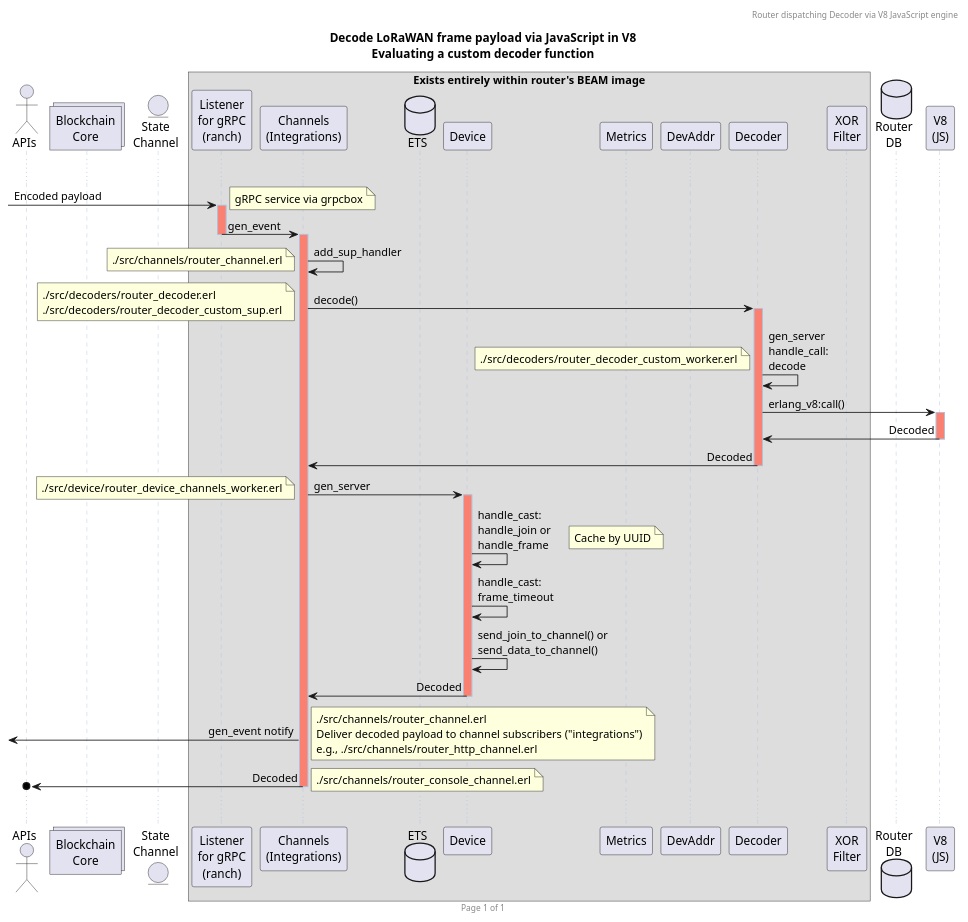
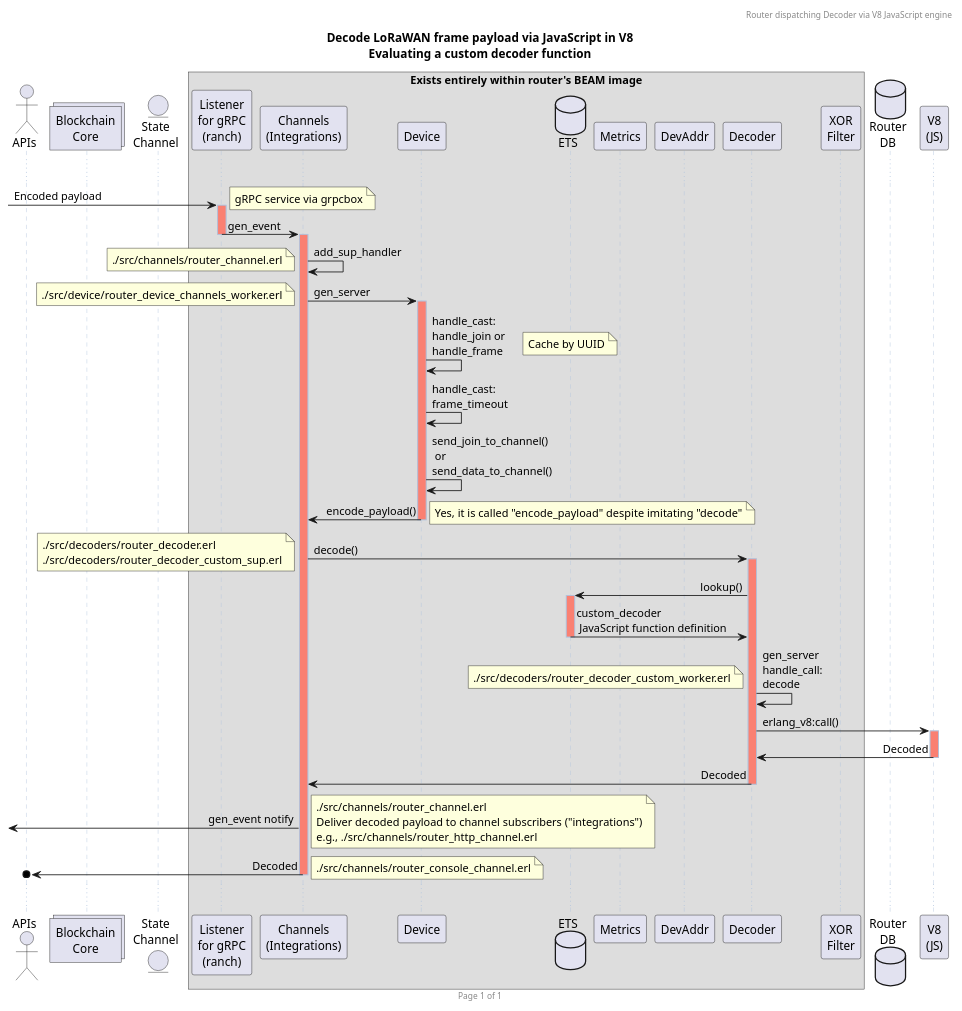
One commit to helium/router changed the diagram in docs/decoder.plantuml. Above: the diagram before and after it, drawn with PlantUML. The commit also changed 1 other file, not shown here.

```diff
--- a/docs/decoder.plantuml
+++ b/docs/decoder.plantuml
@@ -4,76 +4,80 @@
 @startuml
 
 header Router dispatching Decoder via V8 JavaScript engine
 footer Page %page% of %lastpage%
 
 ' Preserve same sequence across all diagrams:
 ' (intentionally omitted: Lager)
 actor        APIs                           as api      order 1
 collections  "Blockchain\nCore"             as core     order 10
 entity       "State\nChannel"               as sc       order 20
 box "Exists entirely within router's BEAM image"
 participant  "Listener\nfor gRPC\n(ranch)"  as listener order 30
-participant  "Channels\n(Integrations)"     as channels order 40
-'control      "Router\ninit()"               as init     order 50
-database     ETS                            as ets      order 51
+'control      "Router\ninit/1"               as init     order 40
+participant  "Channels\n(Integrations)"     as channels order 50
 participant  Device                         as device   order 60
+database     ETS                            as ets      order 61
 participant  Metrics                        as metrics  order 70
 participant  DevAddr                        as devaddr  order 80
 participant  Decoder                        as decoder  order 90
 participant  "XOR\nFilter"                  as xor      order 99
 end box
 database     "Router\nDB"                   as db       order 100
 participant  "V8\n(JS)"                     as v8       order 200
 
 title
         Decode LoRaWAN frame payload via JavaScript in V8
         Evaluating a custom decoder function
 end title
 
 skinparam sequence {
         LifeLineBorderColor #LightSteelBlue
         LifeLineBackgroundColor #Salmon
         MessageAlign direction
 }
 
 ...
 
 [-> listener ++: Encoded payload
 note right: gRPC service via grpcbox
 listener -> channels --++ : gen_event
 channels -> channels : add_sup_handler
 note left: ./src/channels/router_channel.erl
 
-channels -> decoder ++ : decode()
-note left
-        ./src/decoders/router_decoder.erl
-        ./src/decoders/router_decoder_custom_sup.erl
-end note
-decoder -> decoder : gen_server\nhandle_call:\ndecode
-note left: ./src/decoders/router_decoder_custom_worker.erl
-decoder -> v8 ++ : erlang_v8:call()
-decoder <- v8 -- : Decoded
-channels <- decoder -- : Decoded
-
 channels -> device ++ : gen_server
 note left: ./src/device/router_device_channels_worker.erl
 
 device -> device : handle_cast:\nhandle_join or\nhandle_frame
 note right: Cache by UUID
 
 device -> device : handle_cast:\nframe_timeout
-device -> device : send_join_to_channel() or\nsend_data_to_channel()
-channels <- device -- : Decoded
+device -> device : send_join_to_channel()\n or\nsend_data_to_channel()
+channels <- device -- : encode_payload()
+note right: Yes, it is called "encode_payload" despite imitating "decode"
+
+channels -> decoder ++ : decode()
+note left
+        ./src/decoders/router_decoder.erl
+        ./src/decoders/router_decoder_custom_sup.erl
+end note
+decoder -> ets ++ : lookup()
+decoder <- ets -- : custom_decoder\n JavaScript function definition
+decoder -> decoder : gen_server\nhandle_call:\ndecode
+note left: ./src/decoders/router_decoder_custom_worker.erl
+decoder -> v8 ++ : erlang_v8:call()
+decoder <- v8 -- : Decoded
+channels <- decoder -- : Decoded
+
 [<- channels : gen_event notify
 note right
         ./src/channels/router_channel.erl
         Deliver decoded payload to channel subscribers ("integrations")
         e.g., ./src/channels/router_http_channel.erl
 end note
 
 channels ->o api -- : Decoded
 note right: ./src/channels/router_console_channel.erl
 
 ...
 
 @enduml
```
